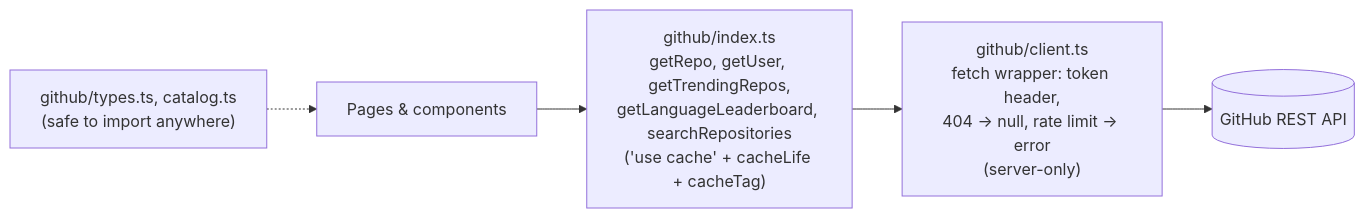
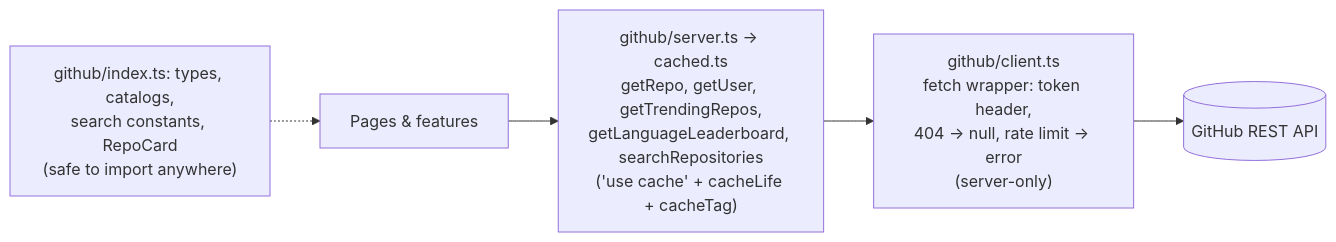
One commit to tarnishedMind/RepoRadar changed the seventh of 18 diagrams in docs/ARCHITECTURE.md. Above: the diagram before and after it, drawn with Mermaid. The commit also changed other lines of this file and 144 other files, not shown here.

````diff
--- a/docs/ARCHITECTURE.md
+++ b/docs/ARCHITECTURE.md
@@ -264,7 +268,7 @@
 ```mermaid
 flowchart LR
-  pages["Pages & components"] --> idx["github/index.ts<br/>getRepo, getUser, getTrendingRepos,<br/>getLanguageLeaderboard, searchRepositories<br/>('use cache' + cacheLife + cacheTag)"]
+  pages["Pages & features"] --> idx["github/server.ts → cached.ts<br/>getRepo, getUser, getTrendingRepos,<br/>getLanguageLeaderboard, searchRepositories<br/>('use cache' + cacheLife + cacheTag)"]
   idx --> client["github/client.ts<br/>fetch wrapper: token header,<br/>404 → null, rate limit → error<br/>(server-only)"]
   client --> gh[(GitHub REST API)]
-  types["github/types.ts, catalog.ts<br/>(safe to import anywhere)"] -.-> pages
+  types["github/index.ts: types, catalogs,<br/>search constants, RepoCard<br/>(safe to import anywhere)"] -.-> pages
 ```
````
